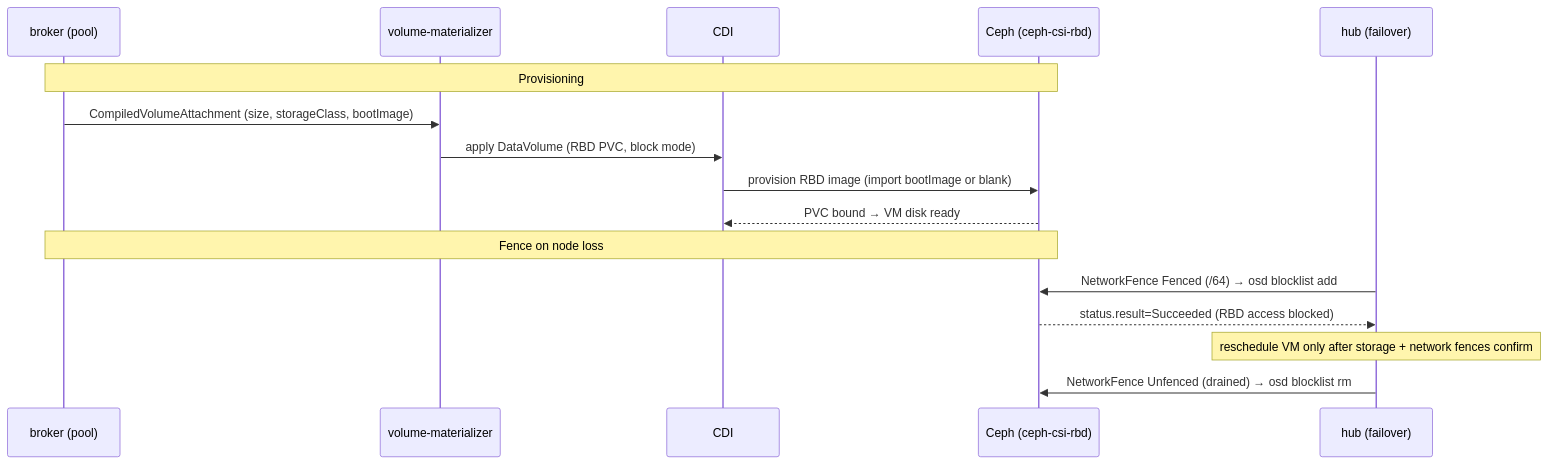
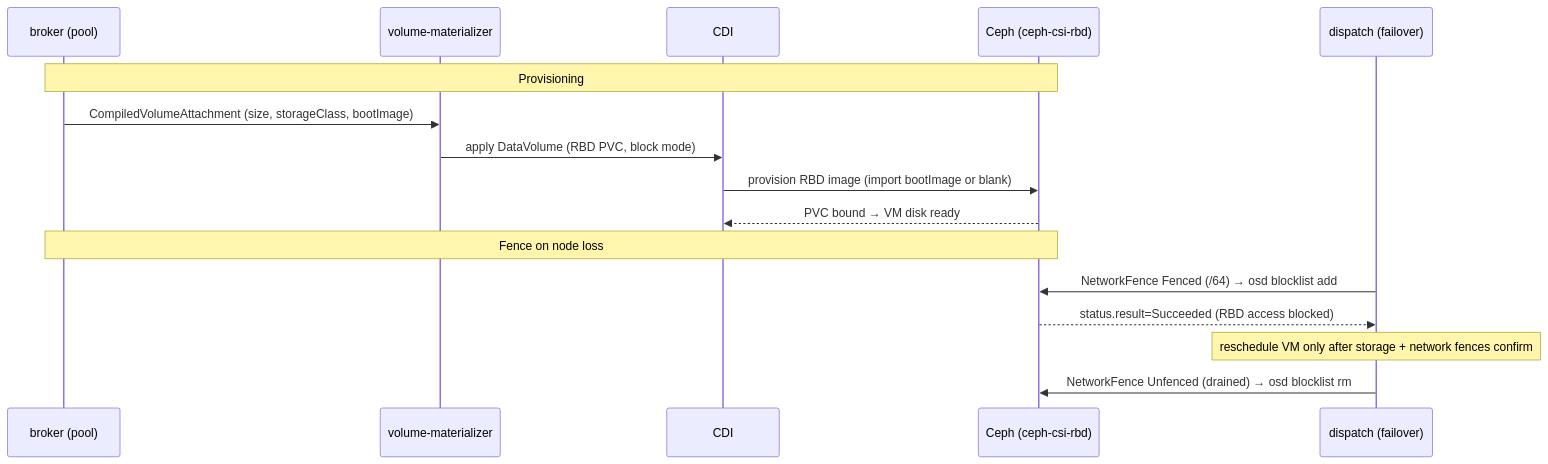
Before and after one commit to trevex/ectobase: the diagram in docs/architecture/storage-csi-integration.md, drawn with Mermaid. The commit also changed other lines of this file and 490 other files, not shown here.

First line of the commit message:
refactor: rename subproject hub -> dispatch

````diff
--- a/docs/architecture/storage-csi-integration.md
+++ b/docs/architecture/storage-csi-integration.md
@@ -69,20 +69,20 @@
 ```mermaid
 sequenceDiagram
     participant Broker as broker (pool)
     participant VolM as volume-materializer
     participant CDI
     participant Ceph as Ceph (ceph-csi-rbd)
 
     Note over Broker,Ceph: Provisioning
     Broker->>VolM: CompiledVolumeAttachment (size, storageClass, bootImage)
     VolM->>CDI: apply DataVolume (RBD PVC, block mode)
     CDI->>Ceph: provision RBD image (import bootImage or blank)
     Ceph-->>CDI: PVC bound → VM disk ready
 
     Note over Broker,Ceph: Fence on node loss
-    participant Hub as hub (failover)
-    Hub->>Ceph: NetworkFence Fenced (/64) → osd blocklist add
-    Ceph-->>Hub: status.result=Succeeded (RBD access blocked)
-    Note over Hub: reschedule VM only after storage + network fences confirm
-    Hub->>Ceph: NetworkFence Unfenced (drained) → osd blocklist rm
+    participant Dispatch as dispatch (failover)
+    Dispatch->>Ceph: NetworkFence Fenced (/64) → osd blocklist add
+    Ceph-->>Dispatch: status.result=Succeeded (RBD access blocked)
+    Note over Dispatch: reschedule VM only after storage + network fences confirm
+    Dispatch->>Ceph: NetworkFence Unfenced (drained) → osd blocklist rm
 ```
````
